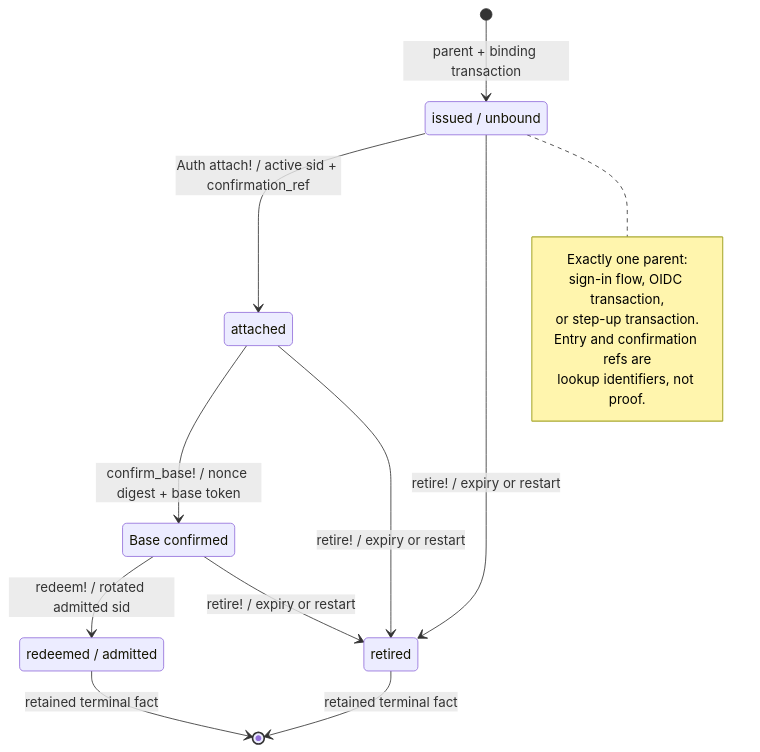
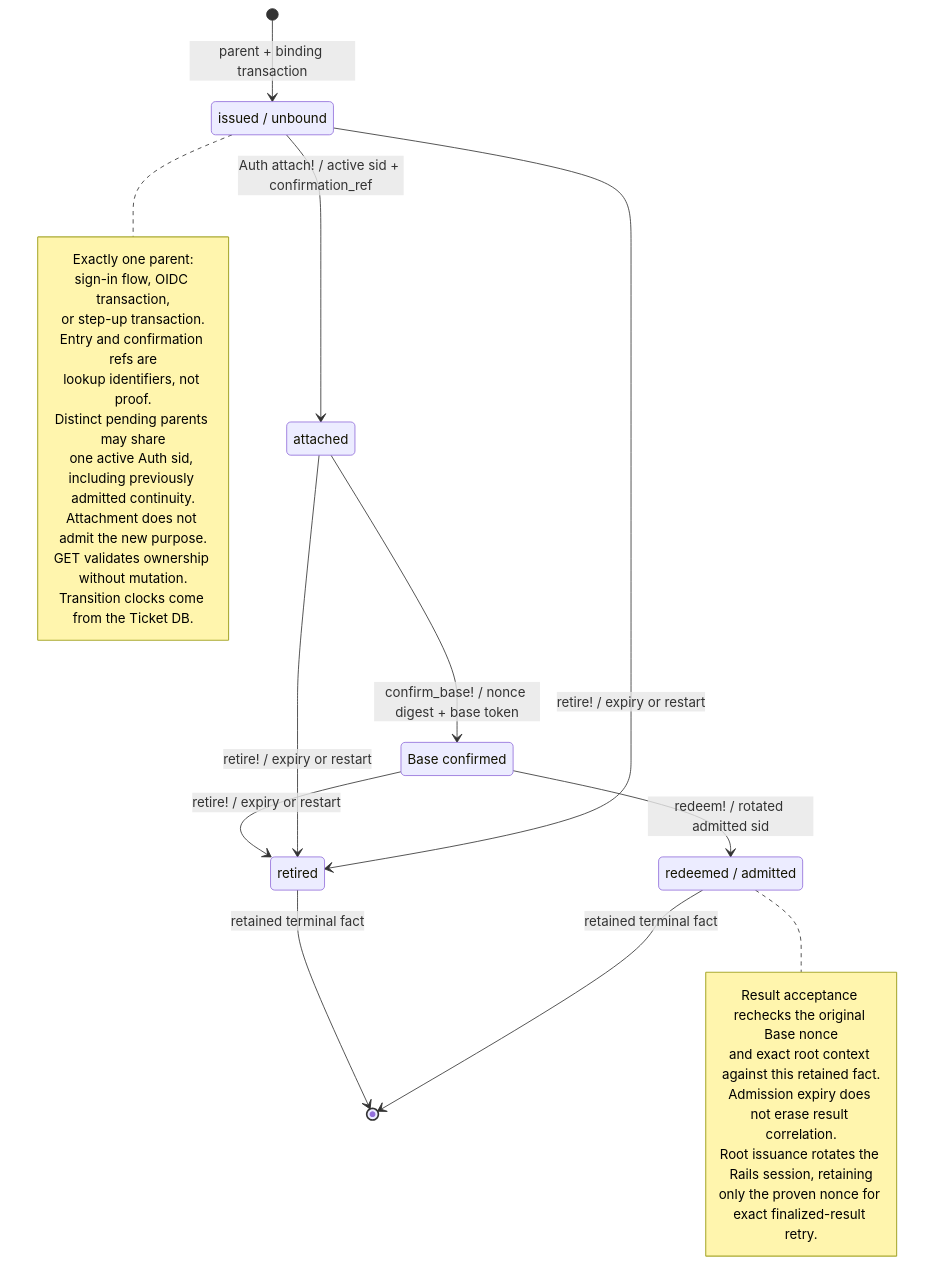
The diagram in docs/mermaid/idp-auth-admission-binding.mmd (seahal/umaxica-apps-jit-global), drawn with Mermaid before and after one commit. The commit also changed 750 other files, not shown here.

```diff
--- a/docs/mermaid/idp-auth-admission-binding.mmd
+++ b/docs/mermaid/idp-auth-admission-binding.mmd
@@ -1,25 +1,38 @@
 stateDiagram-v2
     %% D-82 derived lifecycle. The same contract is stored in app, com and org Ticket DBs.
     state "issued / unbound" as issued
     state "attached" as attached
     state "Base confirmed" as confirmed
     state "redeemed / admitted" as redeemed
     state "retired" as retired
 
     [*] --> issued: parent + binding transaction
     issued --> attached: Auth attach! / active sid + confirmation_ref
     issued --> retired: retire! / expiry or restart
     attached --> confirmed: confirm_base! / nonce digest + base token
     attached --> retired: retire! / expiry or restart
     confirmed --> redeemed: redeem! / rotated admitted sid
     confirmed --> retired: retire! / expiry or restart
     redeemed --> [*]: retained terminal fact
     retired --> [*]: retained terminal fact
 
     note right of issued
       Exactly one parent:
       sign-in flow, OIDC transaction,
       or step-up transaction.
       Entry and confirmation refs are
       lookup identifiers, not proof.
+      Distinct pending parents may share
+      one active Auth sid, including previously admitted continuity.
+      Attachment does not admit the new purpose.
+      GET validates ownership without mutation.
+      Transition clocks come from the Ticket DB.
     end note
+
+    note right of redeemed
+      Result acceptance rechecks the original Base nonce
+      and exact root context against this retained fact.
+      Admission expiry does not erase result correlation.
+      Root issuance rotates the Rails session, retaining
+      only the proven nonce for exact finalized-result retry.
+    end note
```
